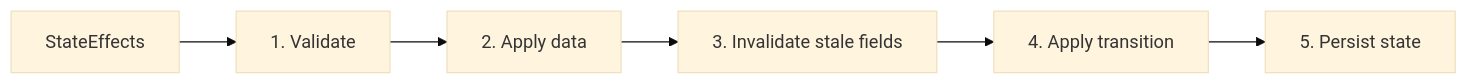
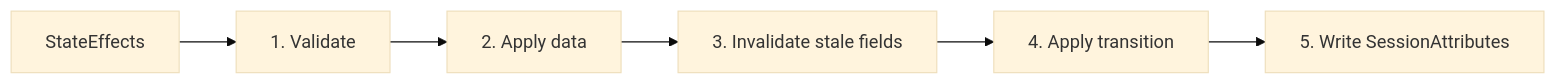
The eighth of 8 diagrams in docs/superpowers/specs/2026-06-07-intent-step-orchestration-confluence.md (fghjkl007/adk-go-company-model-integration), drawn with Mermaid (base theme) before and after one commit. The commit also changed other lines of this file, not shown here.

Commit message:
docs: use Lex session attributes for demo state

````diff
--- a/docs/superpowers/specs/2026-06-07-intent-step-orchestration-confluence.md
+++ b/docs/superpowers/specs/2026-06-07-intent-step-orchestration-confluence.md
@@ -172,8 +173,8 @@
 ```mermaid
 flowchart LR
   Effects["StateEffects"] --> Validate["1. Validate"]
   Validate --> Data["2. Apply data"]
   Data --> Invalidate["3. Invalidate stale fields"]
   Invalidate --> Transition["4. Apply transition"]
-  Transition --> Persist["5. Persist state"]
+  Transition --> Persist["5. Write SessionAttributes"]
 ```
````
